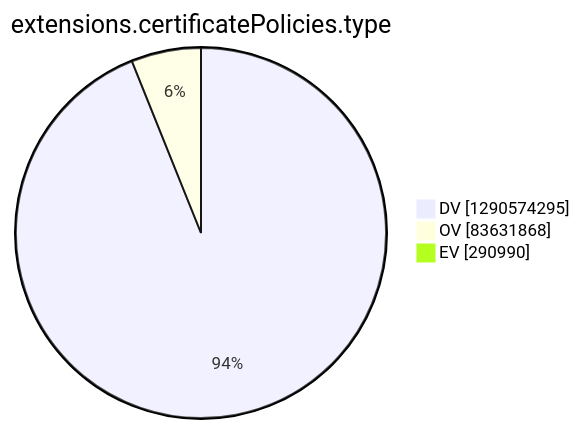
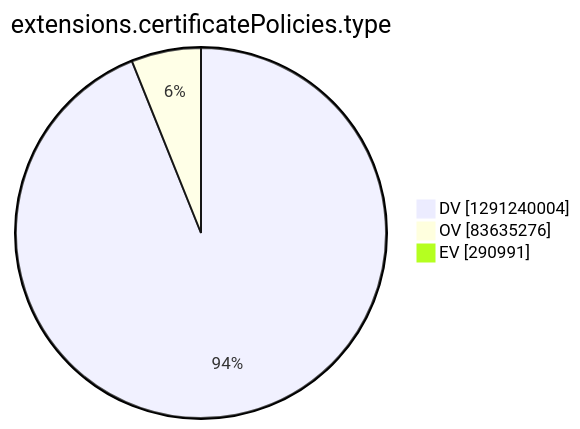
Before and after one commit to christiankrug/ctmonitor_visualization: the tenth of 15 diagrams in argon2022/README.md, drawn with Mermaid. The commit also changed other lines of this file, not shown here.

````diff
--- a/argon2022/README.md
+++ b/argon2022/README.md
@@ -2771,7 +2771,7 @@
 ```mermaid
 pie showData
 title extensions.certificatePolicies.type
-"DV" :1290574295
-"OV" :83631868
-"EV" :290990
+"DV" :1291240004
+"OV" :83635276
+"EV" :290991
 ```
````
